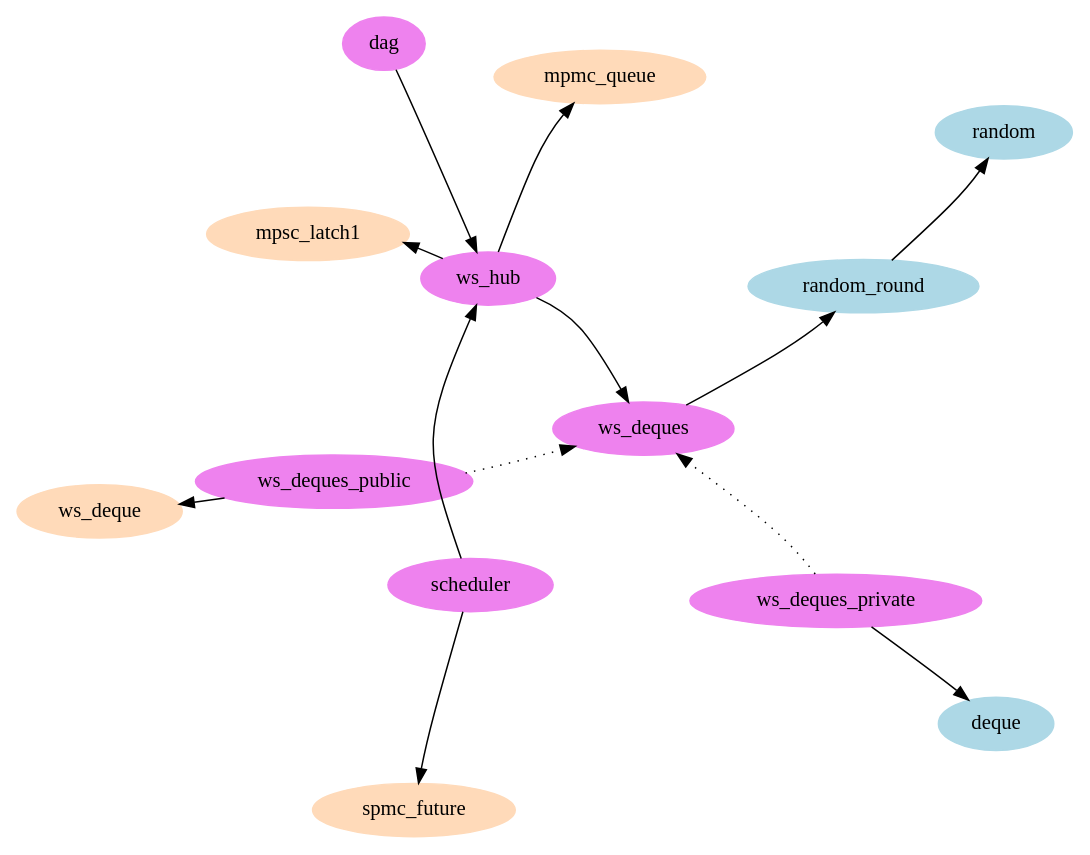
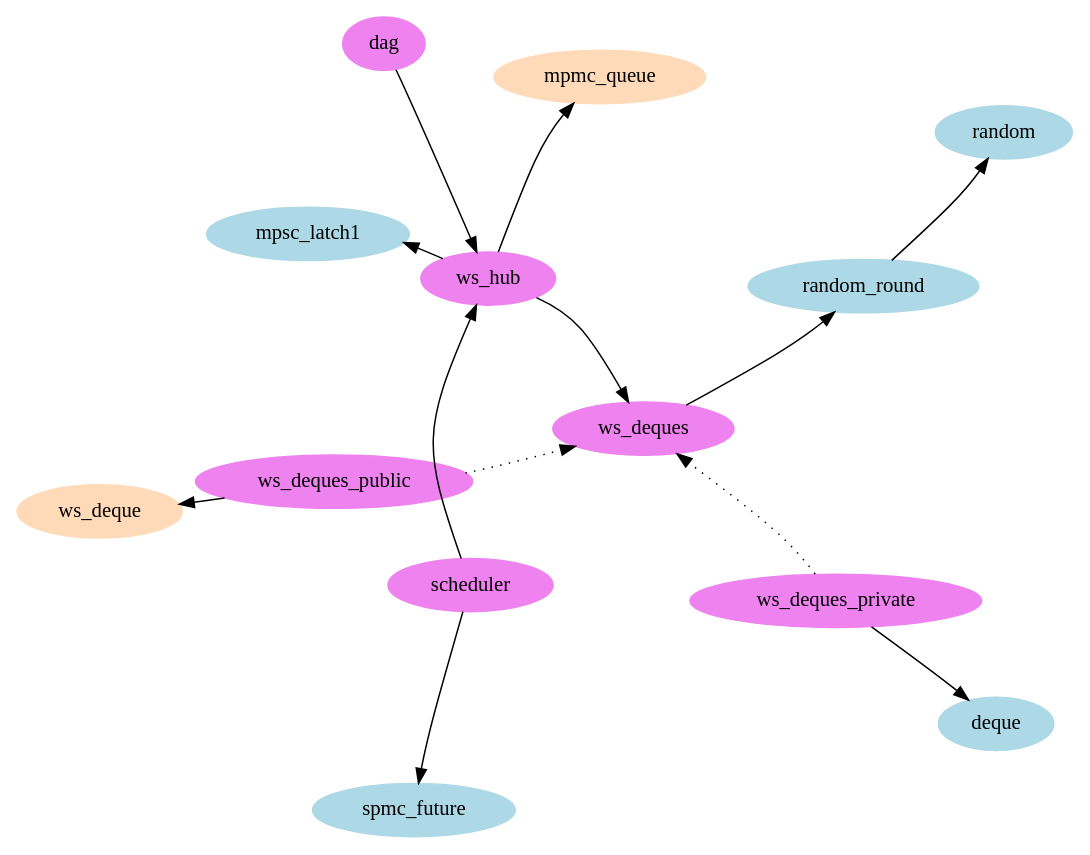
The diagram in doc/scheduling.dot (clef-men/zoo), drawn with Graphviz before and after one commit. The commit also changed other lines of this file and 9 other files, not shown here.

Commit message:
Move saturn/{spsc_latch1,mpsc_latch1,spsc_future,spmc_future} into std/.

```diff
--- a/doc/scheduling.dot
+++ b/doc/scheduling.dot
@@ -1,64 +1,64 @@
 digraph {
 	layout=sfdp
 	overlap=false
 	splines=curved
 
 	subgraph cluster_std {
 		label="std"
 		node [style=filled, color=lightblue]
 		/* array [label="array"] */
 		random [label="random"]
 		random_round [label="random_round"]
 		deque [label="deque"]
 		/* mutex [label="mutex"] */
 		/* condition [label="condition"] */
+		mpsc_latch1 [label="mpsc_latch1"]
+		spmc_future [label="spmc_future"]
 	}
 
 	subgraph cluster_saturn {
 		label="saturn"
 		node [style=filled, color=peachpuff]
-		mpsc_latch1 [label="mpsc_latch1"]
-		spmc_future [label="spmc_future"]
 		mpmc_queue [label="mpmc_queue"]
 		ws_deque [label="ws_deque"]
 	}
 
 	subgraph cluster_scheduling {
 		label="scheduling"
 		node [style=filled, color=violet]
 		ws_deques [label="ws_deques"]
 		ws_deques_public [label="ws_deques_public"]
 		ws_deques_private [label="ws_deques_private"]
 		ws_hub [label="ws_hub"]
 		scheduler [label="scheduler"]
 		dag [label="dag"]
 	}
 
 	random_round -> random
 	/* random_round -> array */
 
 	/* mpsc_latch1 -> mutex */
 	/* mpsc_latch1 -> condition */
 
 	/* spmc_future -> mutex */
 	/* spmc_future -> condition */
 
 	/* ws_deques_public -> array */
 	ws_deques_public -> ws_deque
 	ws_deques_public -> ws_deques [style=dotted]
 
 	/* ws_deques_private -> array */
 	ws_deques_private -> deque
 	ws_deques_private -> ws_deques [style=dotted]
 
 	ws_deques -> random_round
 
 	ws_hub -> mpmc_queue
 	ws_hub -> mpsc_latch1
 	ws_hub -> ws_deques
 
 	scheduler -> spmc_future
 	scheduler -> ws_hub
 
 	dag -> ws_hub
 }
```
